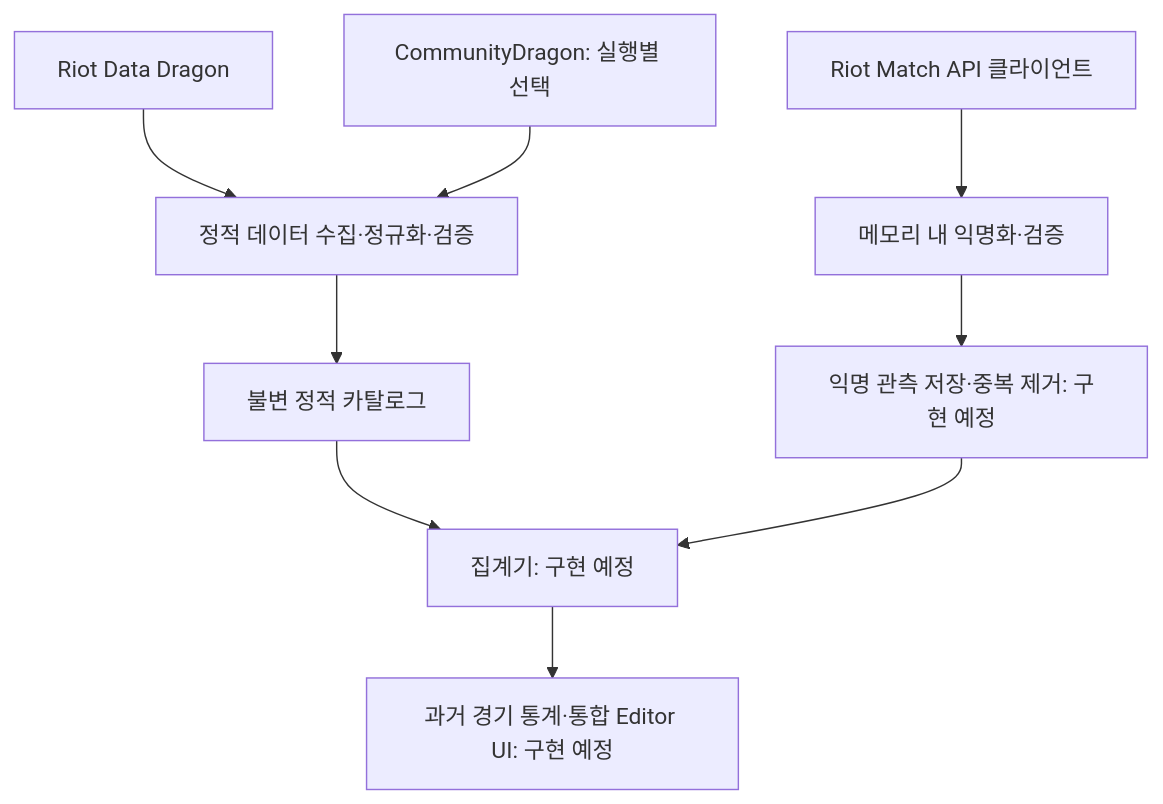
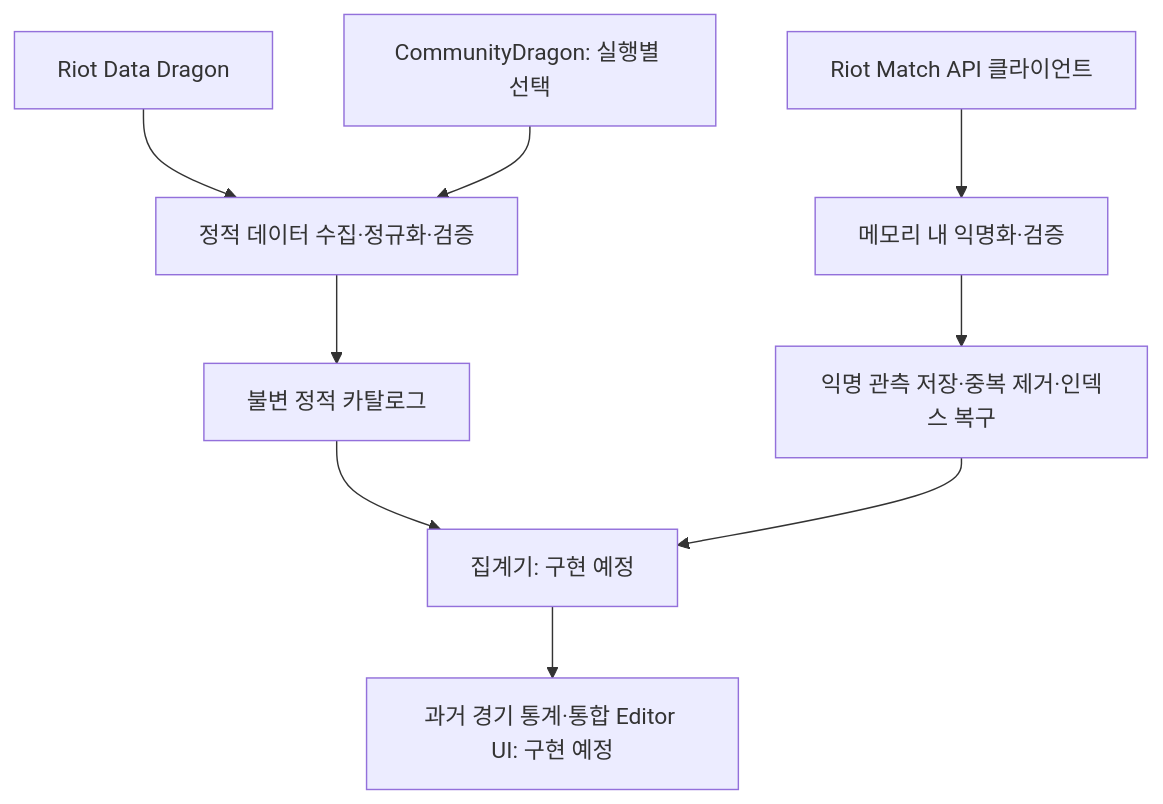
One commit to Ghyeok/TFTDataAnalyzer changed the diagram in README.md. Above: the diagram before and after it, drawn with Mermaid. The commit also changed other lines of this file and 23 other files, not shown here.

````diff
--- a/README.md
+++ b/README.md
@@ -55,11 +55,11 @@
 ```mermaid
 flowchart TD
     A[Riot Data Dragon] --> C[정적 데이터 수집·정규화·검증]
     B[CommunityDragon: 실행별 선택] --> C
     C --> D[불변 정적 카탈로그]
     E[Riot Match API 클라이언트] --> F[메모리 내 익명화·검증]
-    F --> G[익명 관측 저장·중복 제거: 구현 예정]
+    F --> G[익명 관측 저장·중복 제거·인덱스 복구]
     D --> H[집계기: 구현 예정]
     G --> H
     H --> I[과거 경기 통계·통합 Editor UI: 구현 예정]
 ```
````
